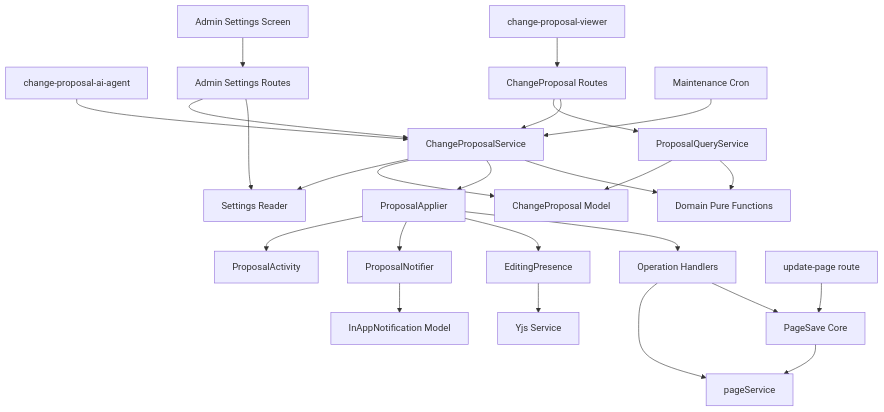
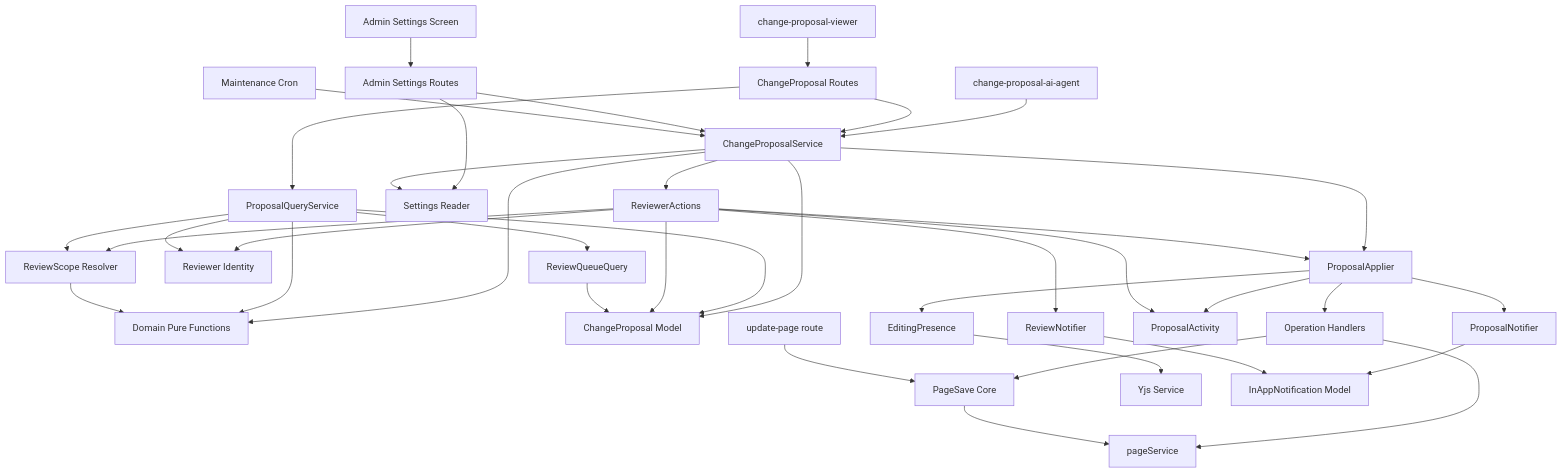
Before and after one commit to growilabs/growi: the first of 5 diagrams in .kiro/specs/change-proposal-core/design.md, drawn with Mermaid. The commit also changed other lines of this file and 2 other files, not shown here.

````diff
--- a/.kiro/specs/change-proposal-core/design.md
+++ b/.kiro/specs/change-proposal-core/design.md
@@ -116,27 +135,40 @@
 ```mermaid
 graph TB
     AiAgent[change-proposal-ai-agent] --> Service
     Viewer[change-proposal-viewer] --> Routes
     Routes[ChangeProposal Routes] --> Service
     Routes --> Query
     AdminUi[Admin Settings Screen] --> AdminRoutes[Admin Settings Routes]
     AdminRoutes --> Settings
     AdminRoutes --> Service
     Cron[Maintenance Cron] --> Service
     Service[ChangeProposalService] --> Domain[Domain Pure Functions]
     Service --> Applier[ProposalApplier]
     Service --> Model[ChangeProposal Model]
     Service --> Settings[Settings Reader]
     Query[ProposalQueryService] --> Domain
     Query --> Model
     Applier --> Handlers[Operation Handlers]
     Applier --> Presence[EditingPresence]
     Applier --> Notifier[ProposalNotifier]
     Applier --> ActivityRec[ProposalActivity]
     Handlers --> PageSave[PageSave Core]
     Handlers --> PageService[pageService]
     PageSave --> PageService
     HumanRoute[update-page route] --> PageSave
     Presence --> Yjs[Yjs Service]
     Notifier --> InApp[InAppNotification Model]
+    Service --> ReviewerActions[ReviewerActions]
+    ReviewerActions --> Identity[Reviewer Identity]
+    ReviewerActions --> Scope[ReviewScope Resolver]
+    ReviewerActions --> Model
+    ReviewerActions --> Applier
+    ReviewerActions --> ReviewNotifier[ReviewNotifier]
+    ReviewerActions --> ActivityRec
+    Query --> Identity
+    Query --> Scope
+    Query --> ReviewQueue[ReviewQueueQuery]
+    ReviewQueue --> Model
+    Scope --> Domain
+    ReviewNotifier --> InApp
 ```
````
